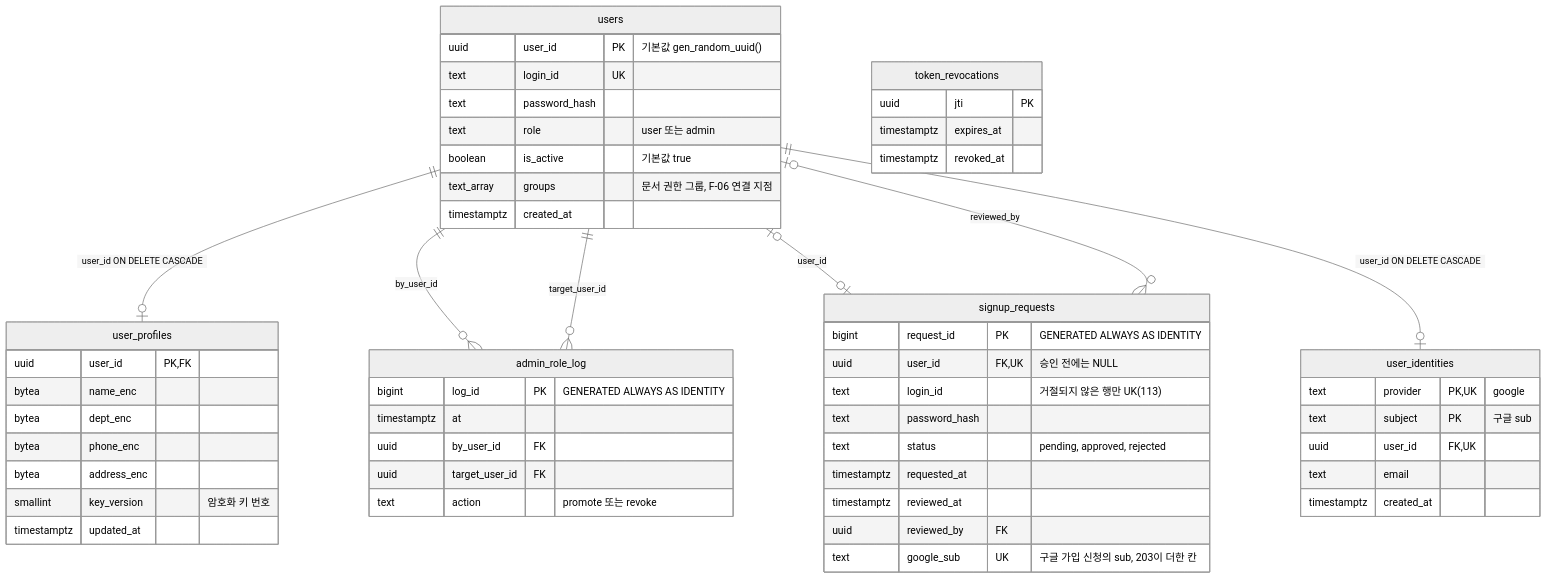
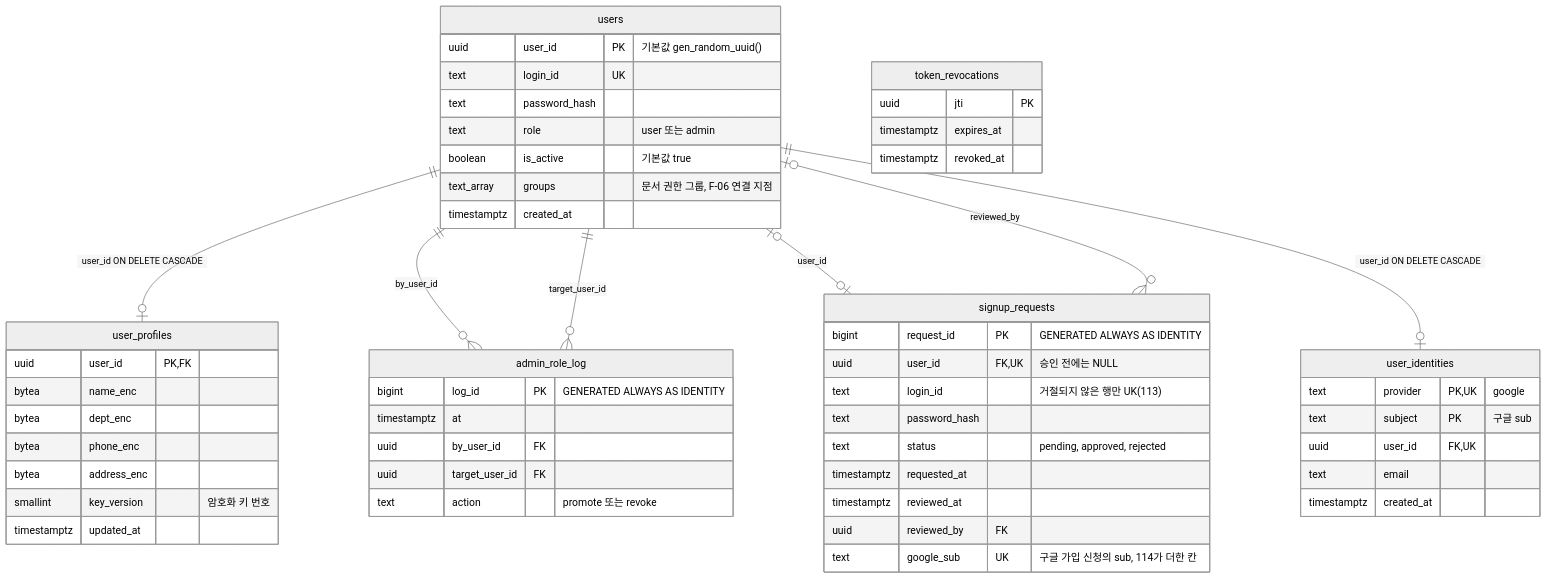
Before and after one commit to seungwook-kim/provena: the second of 8 diagrams in docs/db/ERD.md, drawn with Mermaid (neutral theme). The commit also changed 13 other files, not shown here.

````diff
--- a/docs/db/ERD.md
+++ b/docs/db/ERD.md
@@ -97,58 +97,58 @@
 ```mermaid
 erDiagram
     users ||--o| user_profiles : "user_id ON DELETE CASCADE"
     users ||--o{ admin_role_log : "by_user_id"
     users ||--o{ admin_role_log : "target_user_id"
     users |o--o| signup_requests : "user_id"
     users |o--o{ signup_requests : "reviewed_by"
     users ||--o| user_identities : "user_id ON DELETE CASCADE"
 
     users {
         uuid user_id PK "기본값 gen_random_uuid()"
         text login_id UK
         text password_hash
         text role "user 또는 admin"
         boolean is_active "기본값 true"
         text_array groups "문서 권한 그룹, F-06 연결 지점"
         timestamptz created_at
     }
     user_profiles {
         uuid user_id PK, FK
         bytea name_enc
         bytea dept_enc
         bytea phone_enc
         bytea address_enc
         smallint key_version "암호화 키 번호"
         timestamptz updated_at
     }
     admin_role_log {
         bigint log_id PK "GENERATED ALWAYS AS IDENTITY"
         timestamptz at
         uuid by_user_id FK
         uuid target_user_id FK
         text action "promote 또는 revoke"
     }
     signup_requests {
         bigint request_id PK "GENERATED ALWAYS AS IDENTITY"
         uuid user_id FK, UK "승인 전에는 NULL"
         text login_id "거절되지 않은 행만 UK(113)"
         text password_hash
         text status "pending, approved, rejected"
         timestamptz requested_at
         timestamptz reviewed_at
         uuid reviewed_by FK
-        text google_sub UK "구글 가입 신청의 sub, 203이 더한 칸"
+        text google_sub UK "구글 가입 신청의 sub, 114가 더한 칸"
     }
     user_identities {
         text provider PK, UK "google"
         text subject PK "구글 sub"
         uuid user_id FK, UK
         text email
         timestamptz created_at
     }
     token_revocations {
         uuid jti PK
         timestamptz expires_at
         timestamptz revoked_at
     }
 ```
````
